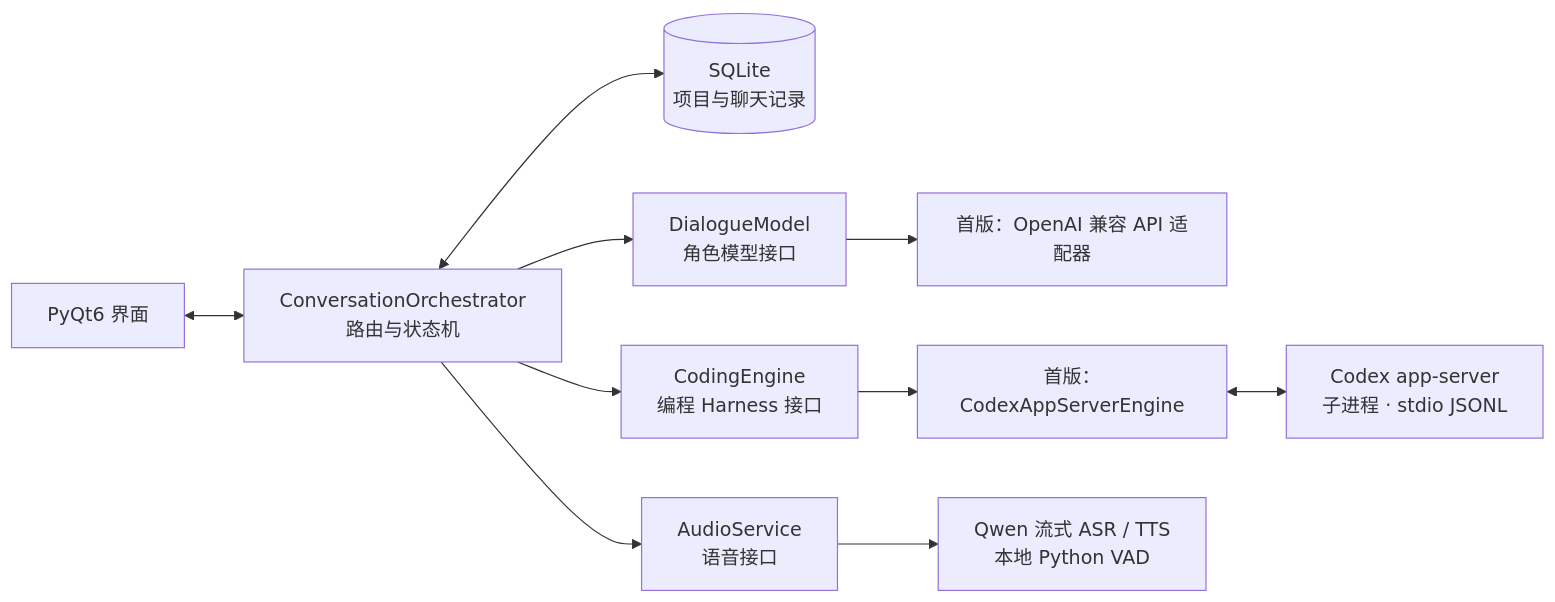
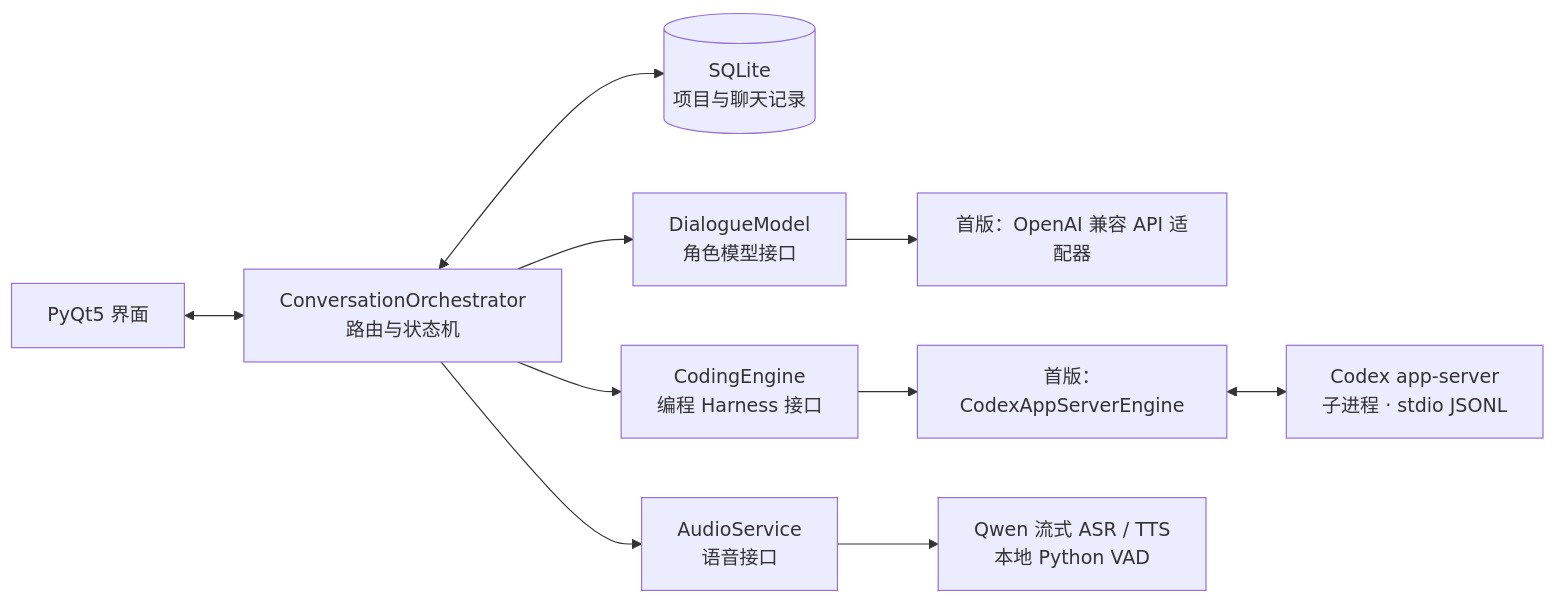
Before and after one commit to Jonah-Wu23/HSR_Partner_Harness: the diagram in docs/superpowers/specs/2026-08-10-roleplay-coding-harness-design.md, drawn with Mermaid. The commit also changed other lines of this file and 1 other file, not shown here.

````diff
--- a/docs/superpowers/specs/2026-08-10-roleplay-coding-harness-design.md
+++ b/docs/superpowers/specs/2026-08-10-roleplay-coding-harness-design.md
@@ -158,13 +158,13 @@
 ```mermaid
 flowchart LR
-    UI["PyQt6 界面"] <--> O["ConversationOrchestrator<br/>路由与状态机"]
+    UI["PyQt5 界面"] <--> O["ConversationOrchestrator<br/>路由与状态机"]
     O <--> DB[("SQLite<br/>项目与聊天记录")]
     O --> D["DialogueModel<br/>角色模型接口"]
     O --> C["CodingEngine<br/>编程 Harness 接口"]
     O --> A["AudioService<br/>语音接口"]
 
     D --> DP["首版：OpenAI 兼容 API 适配器"]
     C --> CA["首版：CodexAppServerEngine"]
     CA <--> AS["Codex app-server<br/>子进程 · stdio JSONL"]
     A --> Q["Qwen 流式 ASR / TTS<br/>本地 Python VAD"]
 ```
````
